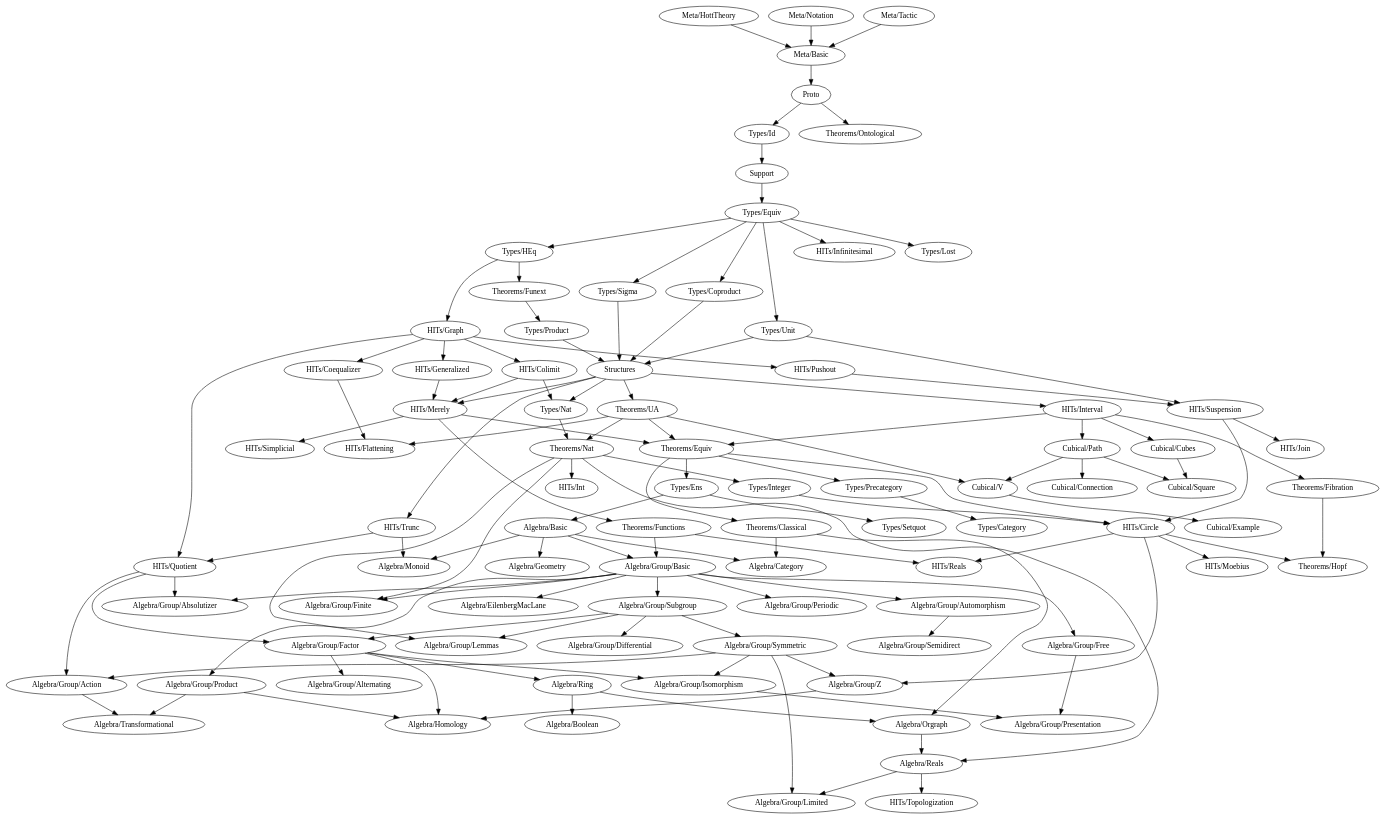
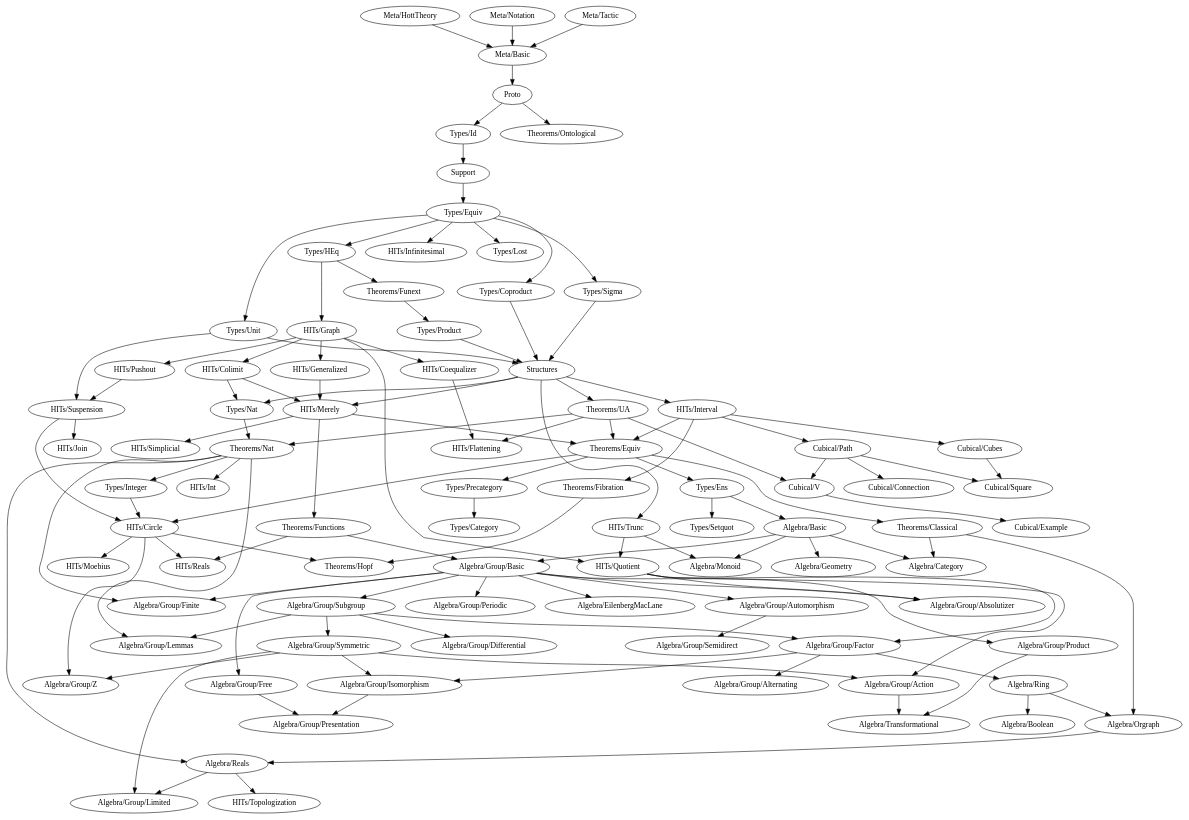
One commit to forked-from-1kasper/ground_zero changed the diagram in dependency-map.gv. Above: the diagram before and after it, drawn with Graphviz. The commit also changed 1 other file, not shown here.

```diff
--- a/dependency-map.gv
+++ b/dependency-map.gv
@@ -1,197 +1,195 @@
 digraph dependency_map {
   Proto -> { "Types/Id", "Theorems/Ontological"}
   Support -> "Types/Equiv"
   Structures -> {
     "HITs/Interval",
     "HITs/Merely",
     "HITs/Trunc",
     "Types/Nat",
     "Theorems/UA"
   }
 
   subgraph Algebra {
     "Algebra/Basic" -> {
       "Algebra/Category",
       "Algebra/Monoid",
       "Algebra/Geometry",
       "Algebra/Group/Basic"
     }
     "Algebra/Boolean"
     "Algebra/Category"
     "Algebra/EilenbergMacLane"
     "Algebra/Geometry"
-    "Algebra/Homology"
     "Algebra/Monoid"
     "Algebra/Orgraph" -> { "Algebra/Reals" }
     "Algebra/Reals" -> { "Algebra/Group/Limited", "HITs/Topologization" }
     "Algebra/Ring" -> { "Algebra/Boolean", "Algebra/Orgraph" }
     "Algebra/Transformational"
   }
 
   subgraph "Algebra/Group" {
     "Algebra/Group/Absolutizer"
     "Algebra/Group/Action" -> "Algebra/Transformational"
     "Algebra/Group/Alternating"
     "Algebra/Group/Automorphism" -> "Algebra/Group/Semidirect"
     "Algebra/Group/Basic" -> {
       "Algebra/EilenbergMacLane",
       "Algebra/Group/Finite",
       "Algebra/Group/Absolutizer",
       "Algebra/Group/Automorphism",
       "Algebra/Group/Free",
       "Algebra/Group/Periodic",
       "Algebra/Group/Product",
       "Algebra/Group/Subgroup"
     }
     "Algebra/Group/Differential"
     "Algebra/Group/Factor" -> {
-      "Algebra/Homology",
       "Algebra/Ring",
       "Algebra/Group/Alternating",
       "Algebra/Group/Isomorphism"
     }
     "Algebra/Group/Finite"
     "Algebra/Group/Free" -> "Algebra/Group/Presentation"
     "Algebra/Group/Isomorphism" -> "Algebra/Group/Presentation"
     "Algebra/Group/Lemmas"
     "Algebra/Group/Limited"
     "Algebra/Group/Periodic"
     "Algebra/Group/Presentation"
-    "Algebra/Group/Product" -> { "Algebra/Homology", "Algebra/Transformational" }
+    "Algebra/Group/Product" -> { "Algebra/Transformational" }
     "Algebra/Group/Semidirect"
     "Algebra/Group/Subgroup" -> {
       "Algebra/Group/Differential",
       "Algebra/Group/Factor",
       "Algebra/Group/Lemmas",
       "Algebra/Group/Symmetric"
     }
     "Algebra/Group/Symmetric" -> {
       "Algebra/Group/Limited",
       "Algebra/Group/Z",
       "Algebra/Group/Action",
       "Algebra/Group/Isomorphism"
     }
-    "Algebra/Group/Z" -> { "Algebra/Homology" }
+    "Algebra/Group/Z"
   }
 
   subgraph Types {
     "Types/Category"
     "Types/Coproduct" -> { Structures }
     "Types/Id" -> { Support }
     "Types/Ens" -> { "Algebra/Basic", "Types/Setquot" }
     "Types/Equiv" -> {
       "Types/HEq",
       "HITs/Infinitesimal",
       "Types/Coproduct",
       "Types/Lost",
       "Types/Unit",
       "Types/Sigma"
     }
     "Types/HEq" -> {
       "HITs/Graph", "Theorems/Funext"
     }
     "Types/Integer" -> "HITs/Circle"
     "Types/Lost"
     "Types/Nat" -> { "Theorems/Nat" }
     "Types/Precategory" -> { "Types/Category" }
     "Types/Product" -> { Structures }
     "Types/Setquot"
     "Types/Sigma" -> { Structures }
     "Types/Unit" -> { Structures, "HITs/Suspension" }
   }
 
   subgraph HITs {
     "HITs/Circle" -> {
       "Algebra/Group/Z",
       "Theorems/Hopf",
       "HITs/Moebius",
       "HITs/Reals"
     }
     "HITs/Coequalizer" -> { "HITs/Flattening" }
     "HITs/Colimit" -> { "HITs/Merely", "Types/Nat" }
     "HITs/Flattening"
     "HITs/Generalized" -> "HITs/Merely"
     "HITs/Graph" -> {
       "HITs/Coequalizer",
       "HITs/Colimit",
       "HITs/Generalized",
       "HITs/Pushout",
       "HITs/Quotient"
     }
     "HITs/Infinitesimal"
     "HITs/Interval" -> {
       "Cubical/Cubes",
       "Cubical/Path",
       "Theorems/Equiv",
       "Theorems/Fibration"
     }
     "HITs/Join"
     "HITs/Merely" -> {
       "Theorems/Equiv",
       "HITs/Simplicial",
       "Theorems/Functions"
     }
     "HITs/Moebius"
     "HITs/Pushout" -> {
       "HITs/Suspension"
     }
     "HITs/Quotient" -> {
       "Algebra/Group/Absolutizer",
       "Algebra/Group/Action",
       "Algebra/Group/Factor"
     }
     "HITs/Reals"
     "HITs/Simplicial"
     "HITs/Suspension" -> { "HITs/Circle", "HITs/Join" }
     "HITs/Topologization"
     "HITs/Trunc" -> { "Algebra/Monoid", "HITs/Quotient" }
   }
 
   subgraph Cubical {
     "Cubical/Connection"
     "Cubical/Cubes" -> "Cubical/Square"
     "Cubical/Example"
     "Cubical/Path" -> {
       "Cubical/Square",
       "Cubical/V",
       "Cubical/Connection"
     }
     "Cubical/Square"
     "Cubical/V" -> { "Cubical/Example" }
   }
 
   subgraph Meta {
     "Meta/Basic" -> Proto
     "Meta/HottTheory" -> "Meta/Basic"
     "Meta/Notation" -> "Meta/Basic"
     "Meta/Tactic" -> "Meta/Basic"
   }
 
   subgraph Theorems {
     "Theorems/Classical" -> { "Algebra/Category", "Algebra/Orgraph" }
     "Theorems/Fibration" -> { "Theorems/Hopf" }
     "Theorems/Functions" -> { "HITs/Reals", "Algebra/Group/Basic" }
     "Theorems/Funext" -> { "Types/Product" }
     "Theorems/Hopf"
     "Theorems/Ontological"
     "Theorems/Nat" -> {
       "Algebra/Group/Finite",
       "Algebra/Reals",
       "HITs/Int",
       "Types/Integer",
       "Algebra/Group/Lemmas"
     }
     "Theorems/Equiv" -> {
       "HITs/Circle",
       "Types/Ens",
       "Types/Precategory",
       "Theorems/Classical"
     }
     "Theorems/UA" -> {
       "HITs/Flattening",
       "Theorems/Nat",
       "Theorems/Equiv",
       "Cubical/V"
     }
   }
 }
```
